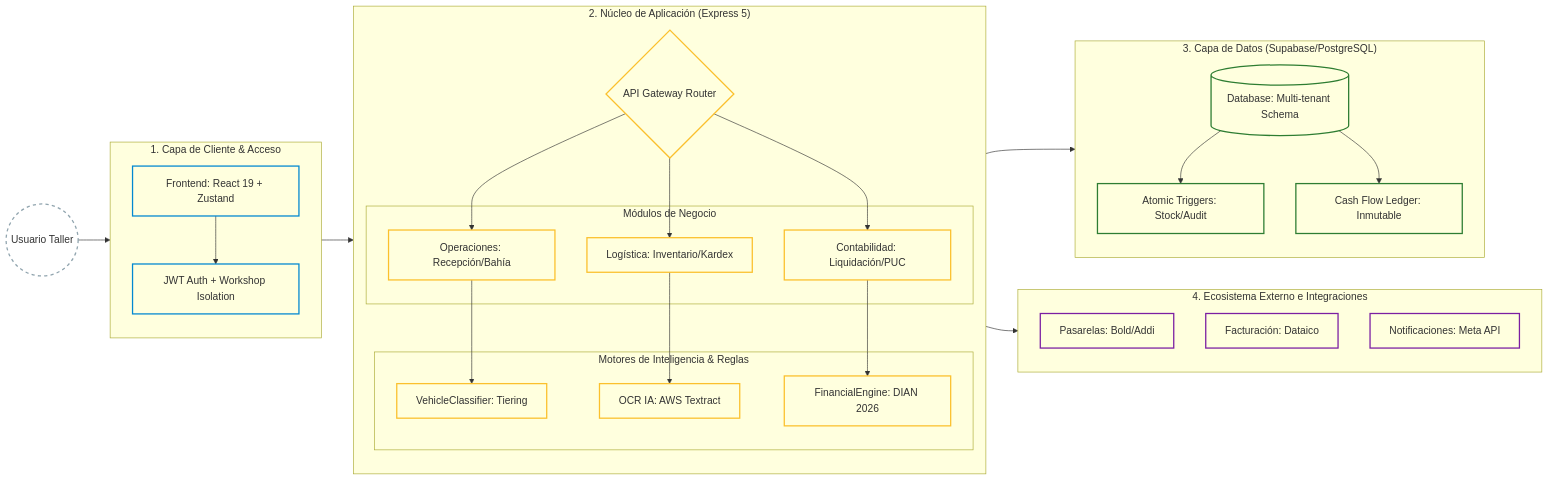
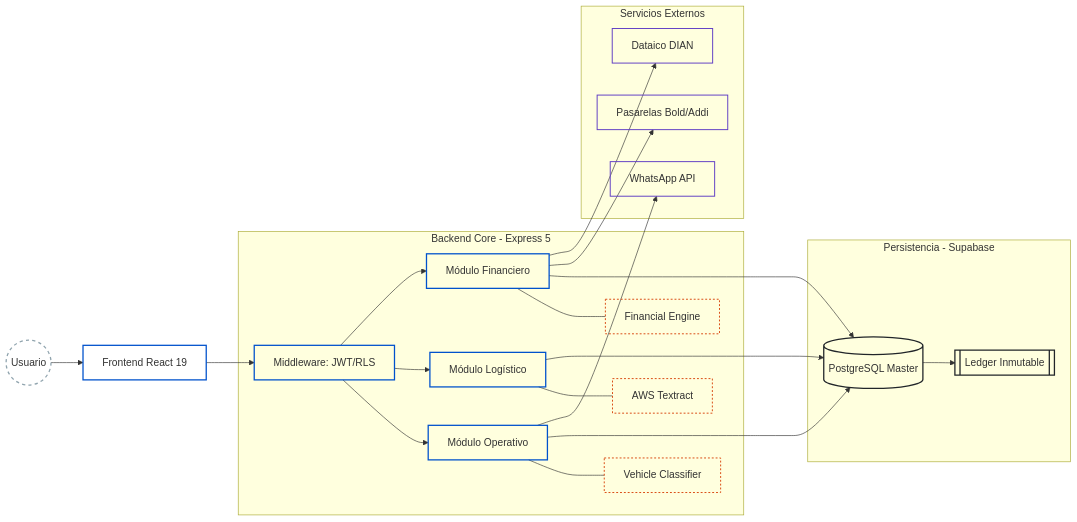
The first of 4 diagrams in README.md (brandonjimenez21/efiscoArchitecture), drawn with Mermaid before and after one commit. The commit also changed other lines of this file, not shown here.

Commit message:
Revise styles and flow diagrams in README.md
Updated component styles and flow diagrams in README.

````diff
--- a/README.md
+++ b/README.md
@@ -22,59 +22,51 @@
 ```mermaid
 graph LR
-    %% Definición de Estilos Minimalistas (Fondo Transparente)
+    %% Estilos Globales Minimalistas (Fondos Transparentes)
+    classDef default stroke:#455a64,stroke-width:1px,fill:none;
+    classDef highlight stroke:#0052cc,stroke-width:2px,fill:none;
+    classDef engine stroke:#d9480f,stroke-width:1.5px,stroke-dasharray: 3 3,fill:none;
+    classDef database stroke:#212529,stroke-width:2px,fill:none;
+    classDef external stroke:#5f3dc4,stroke-width:1.5px,fill:none;
     classDef user stroke:#90a4ae,stroke-width:2px,stroke-dasharray: 5 5,fill:none;
-    classDef client stroke:#0288d1,stroke-width:2px,fill:none;
-    classDef logic stroke:#fbc02d,stroke-width:2px,fill:none;
-    classDef storage stroke:#2e7d32,stroke-width:2px,fill:none;
-    classDef external stroke:#7b1fa2,stroke-width:2px,fill:none;
 
-    User((Usuario Taller)) --> Capa1
+    %% Flujo Inicial de Acceso
+    User((Usuario)) --> FE[Frontend React 19]
+    FE --> Auth[Middleware: JWT/RLS]
 
-    subgraph Capa1 ["1. Capa de Cliente & Acceso"]
-        Frontend[Frontend: React 19 + Zustand] --> Auth[JWT Auth + Workshop Isolation]
+    %% Capa Central: Backend y sus Motores Relacionados
+    subgraph Core [Backend Core - Express 5]
+        Auth --> Ops[Módulo Operativo]
+        Auth --> Inv[Módulo Logístico]
+        Auth --> Fin[Módulo Financiero]
+        
+        %% Conexiones verticales directas con sus respectivos motores
+        Ops --- VClass[Vehicle Classifier]
+        Inv --- OCR[AWS Textract]
+        Fin --- FEng[Financial Engine]
     end
-    class Frontend,Auth client;
 
-    subgraph Capa2 ["2. Núcleo de Aplicación (Express 5)"]
-        BackendRouter{API Gateway Router}
-        
-        subgraph Modulos ["Módulos de Negocio"]
-            Ops[Operaciones: Recepción/Bahía]
-            Inv[Logística: Inventario/Kardex]
-            Fin[Contabilidad: Liquidación/PUC]
-        end
-        
-        subgraph Motores ["Motores de Inteligencia & Reglas"]
-            VClass[VehicleClassifier: Tiering]
-            OCR[OCR IA: AWS Textract]
-            FE[FinancialEngine: DIAN 2026]
-        end
+    %% Capa de Datos y Persistencia
+    subgraph Data [Persistencia - Supabase]
+        DB[(PostgreSQL Master)] --> Kardex[[Ledger Inmutable]]
+    end
 
-        BackendRouter --> Ops & Inv & Fin
-        Ops --> VClass
-        Inv --> OCR
-        Fin --> FE
+    %% Capa de Servicios Externos
+    subgraph Externals [Servicios Externos]
+        WA[WhatsApp API]
+        Pay[Pasarelas Bold/Addi]
+        DIAN[Dataico DIAN]
     end
-    class BackendRouter,Ops,Inv,Fin,VClass,OCR,FE logic;
 
-    subgraph Capa3 ["3. Capa de Datos (Supabase/PostgreSQL)"]
-        DB[(Database: Multi-tenant Schema)] --> Trig[Atomic Triggers: Stock/Audit]
-        DB --> Ledger[Cash Flow Ledger: Inmutable]
-    end
-    class DB,Trig,Ledger storage;
+    %% Enlaces Estructurados entre Capas (Evita cruces caóticos)
+    Ops & Inv & Fin ----> DB
+    Ops --> WA
+    Fin --> Pay
+    Fin --> DIAN
 
-    subgraph Capa4 ["4. Ecosistema Externo e Integraciones"]
-        Pay[Pasarelas: Bold/Addi]
-        DIAN[Facturación: Dataico]
-        WA[Notificaciones: Meta API]
-    end
-    class Pay,DIAN,WA external;
-
-    %% --- FLUJO ESTRUCTURADO ENTRE CAPAS ---
-    Capa1 --> Capa2
-    Capa2 --> Capa3
-    Capa2 --> Capa4
-
-    %% Aplicación de Estilo Especial a Usuario
+    %% Asignación de Estilos
     class User user;
+    class FE,Auth,Ops,Inv,Fin highlight;
+    class VClass,OCR,FEng engine;
+    class DB,Kardex database;
+    class WA,Pay,DIAN external;
 ```
````
